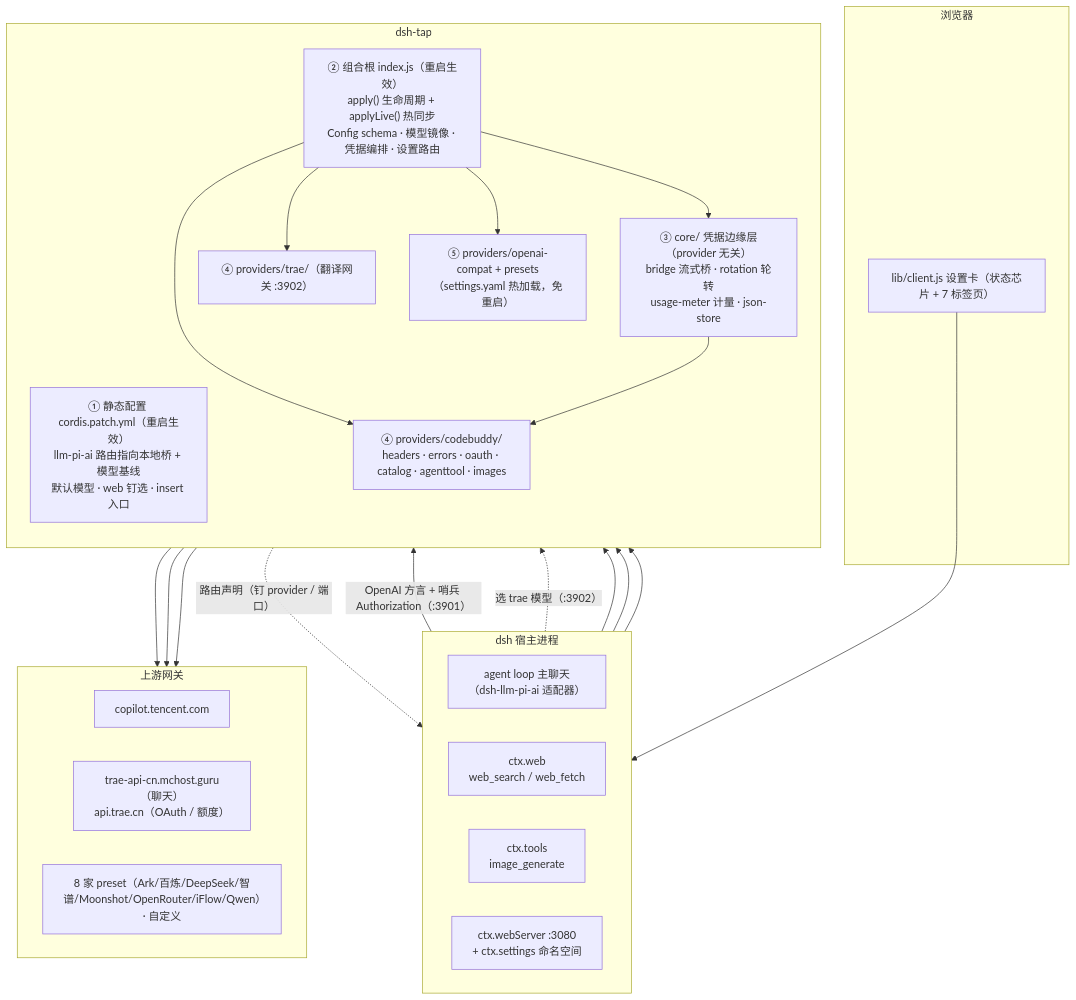
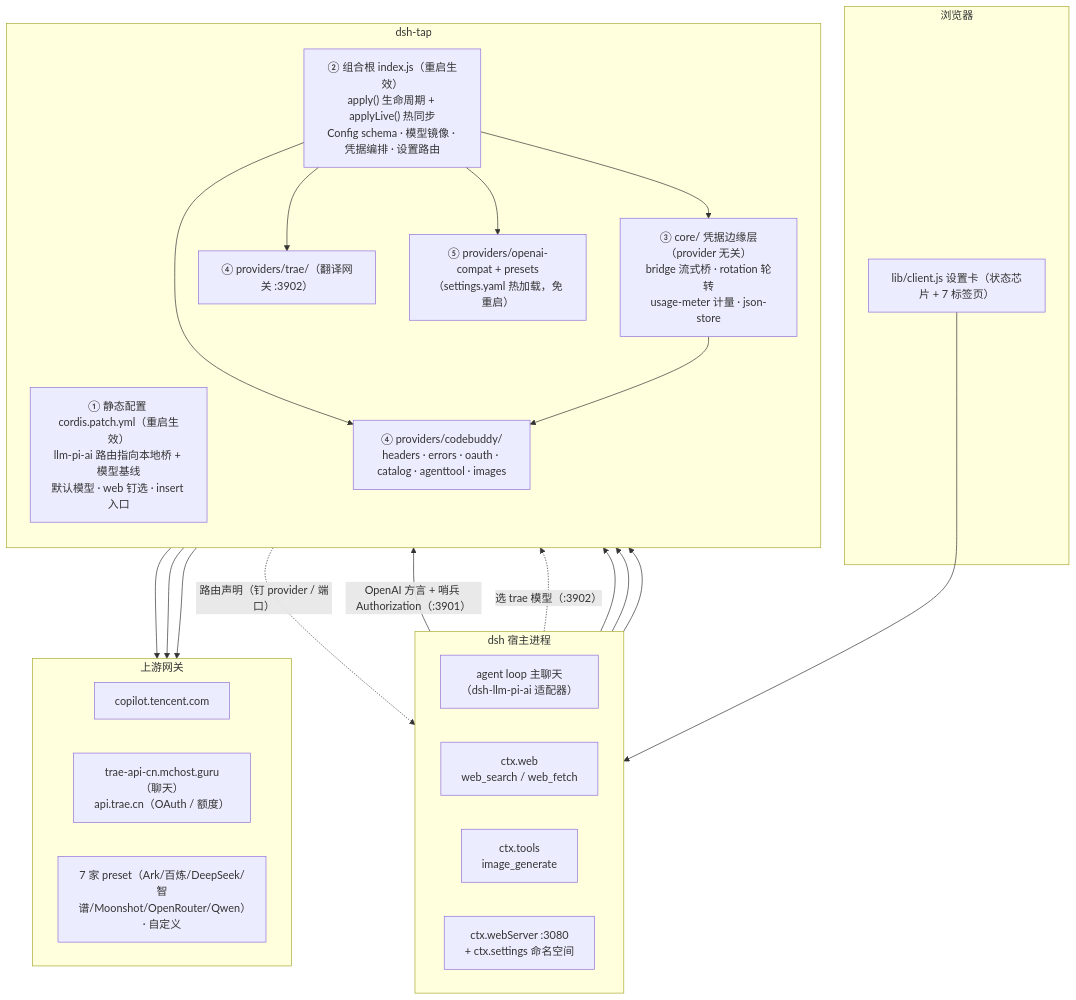
The first of 4 diagrams in wiki/01-architecture.md (taikaikaikai-pixel/dsh-codebuddy-plugin), drawn with Mermaid before and after one commit. The commit also changed 16 other files, not shown here.

First line of the commit message:
feat: 逐模型思考强度（G8）+ 移除停服的 iFlow preset（0.9.6）

````diff
--- a/wiki/01-architecture.md
+++ b/wiki/01-architecture.md
@@ -21,47 +21,47 @@
 ```mermaid
 flowchart TB
     subgraph HOST["dsh 宿主进程"]
         direction LR
         H1["agent loop 主聊天<br/>（dsh-llm-pi-ai 适配器）"]
         H2["ctx.web<br/>web_search / web_fetch"]
         H3["ctx.tools<br/>image_generate"]
         H4["ctx.webServer :3080<br/>+ ctx.settings 命名空间"]
     end
 
     subgraph BROWSER["浏览器"]
         CARD["lib/client.js 设置卡（状态芯片 + 7 标签页）"]
     end
 
     subgraph PLUGIN["dsh-tap"]
         direction TB
         L1["① 静态配置 cordis.patch.yml（重启生效）<br/>llm-pi-ai 路由指向本地桥 + 模型基线<br/>默认模型 · web 钉选 · insert 入口"]
         L2["② 组合根 index.js（重启生效）<br/>apply() 生命周期 + applyLive() 热同步<br/>Config schema · 模型镜像 · 凭据编排 · 设置路由"]
         L3["③ core/ 凭据边缘层（provider 无关）<br/>bridge 流式桥 · rotation 轮转<br/>usage-meter 计量 · json-store"]
         L41["④ providers/codebuddy/<br/>headers · errors · oauth · catalog · agenttool · images"]
         L42["④ providers/trae/（翻译网关 :3902）"]
         L43["⑤ providers/openai-compat + presets<br/>（settings.yaml 热加载，免重启）"]
     end
 
     subgraph GW["上游网关"]
         direction LR
         G1["copilot.tencent.com"]
         G2["trae-api-cn.mchost.guru（聊天）<br/>api.trae.cn（OAuth / 额度）"]
-        G3["8 家 preset（Ark/百炼/DeepSeek/智谱/Moonshot/OpenRouter/iFlow/Qwen）· 自定义"]
+        G3["7 家 preset（Ark/百炼/DeepSeek/智谱/Moonshot/OpenRouter/Qwen）· 自定义"]
     end
 
     H1 -->|"OpenAI 方言 + 哨兵 Authorization（:3901）"| L3
     H1 -.->|"选 trae 模型（:3902）"| L42
     H2 --> L41
     H3 --> L41
     H4 --> L2
     CARD --> H4
     L1 -.->|"路由声明（钉 provider / 端口）"| H1
     L2 --> L3
     L2 --> L41
     L2 --> L42
     L2 --> L43
     L3 --> L41
     L41 --> G1
     L42 --> G2
     L43 --> G3
 ```
````
